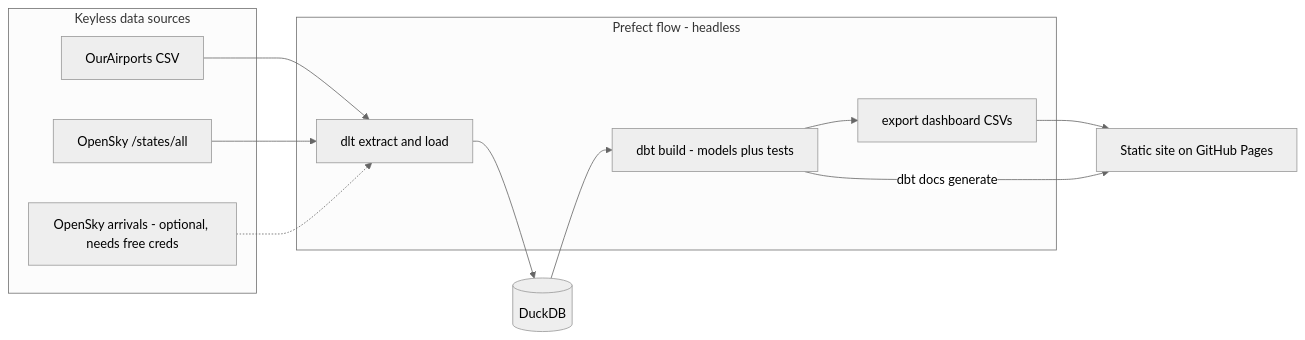
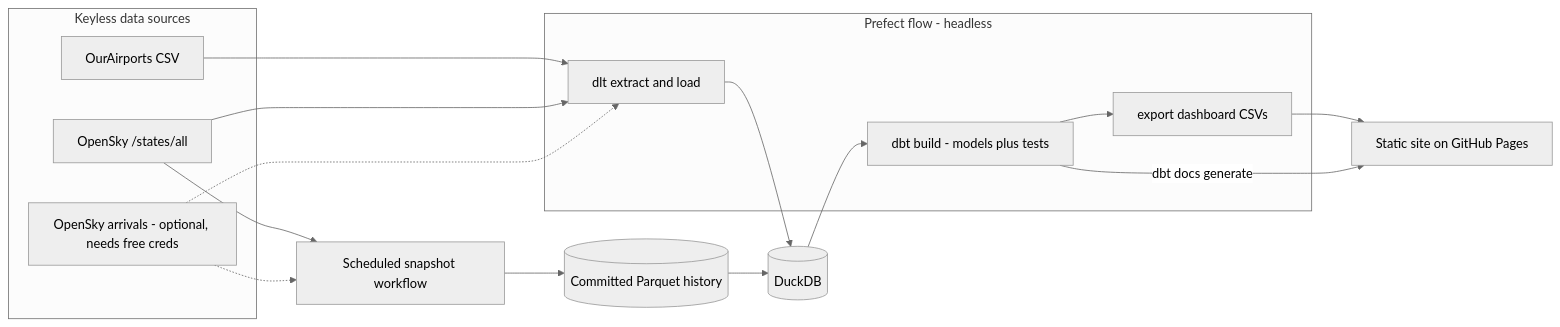
The diagram in README.md (1bk/simple-airports-analysis-v2), drawn with Mermaid (neutral theme) before and after one commit. The commit also changed other lines of this file and 22 other files, not shown here.

First line of the commit message:
Snapshot-history: committed Parquet time series for arrivals and congestion

````diff
--- a/README.md
+++ b/README.md
@@ -82,21 +82,26 @@
 ```mermaid
 flowchart LR
     subgraph sources [Keyless data sources]
         OA[OurAirports CSV]
         OS[OpenSky /states/all]
         AR[OpenSky arrivals - optional, needs free creds]
     end
     subgraph prefect [Prefect flow - headless]
         DLT[dlt extract and load]
         DBT[dbt build - models plus tests]
         EXP[export dashboard CSVs]
     end
     DB[(DuckDB)]
     SITE[Static site on GitHub Pages]
+    SNAP[Scheduled snapshot workflow]
+    HIST[(Committed Parquet history)]
 
     OA --> DLT
     OS --> DLT
     AR -.-> DLT
+    OS --> SNAP
+    AR -.-> SNAP
+    SNAP --> HIST --> DB
     DLT --> DB --> DBT --> EXP --> SITE
     DBT -- dbt docs generate --> SITE
 ```
````
